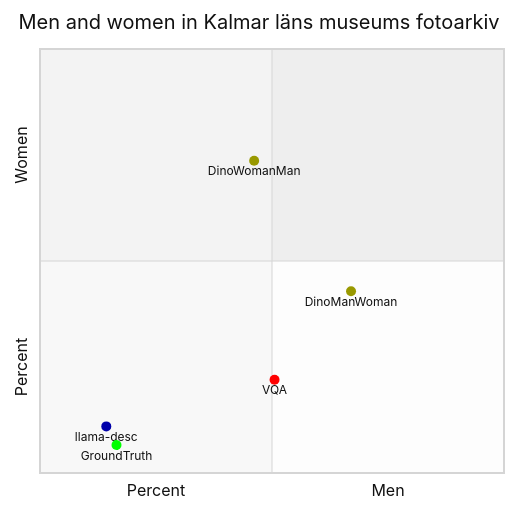
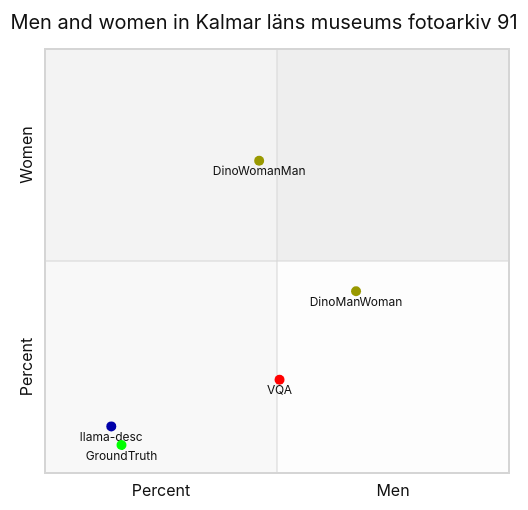
The seventh of 11 diagrams in browser/scatter.md (Modern36/tropes_1500), drawn with Mermaid (neutral theme) before and after one commit. The commit also changed other lines of this file and 1 other file, not shown here.

````diff
--- a/browser/scatter.md
+++ b/browser/scatter.md
@@ -108,12 +108,12 @@
 ```mermaid
 quadrantChart
-    title Men and women in Kalmar läns museums fotoarkiv
+    title Men and women in Kalmar läns museums fotoarkiv 91
     x-axis Percent --> Men
     y-axis Percent --> Women
     DinoManWoman: [0.6703296703296703, 0.42857142857142855] color: #999900
     DinoWomanMan: [0.46153846153846156, 0.7362637362637363] color: #999900
     GroundTruth: [0.16483516483516483, 0.06593406593406594] color: #00FF00
     VQA: [0.5054945054945055, 0.21978021978021978] color: #FF0000
     llama-desc: [0.14285714285714285, 0.10989010989010989] color: #0000AA
 
 ```
````
